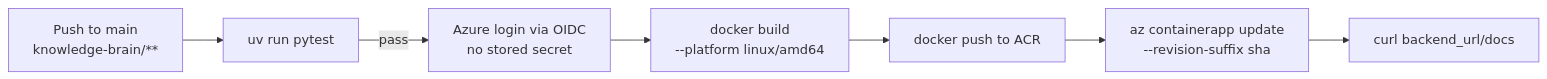
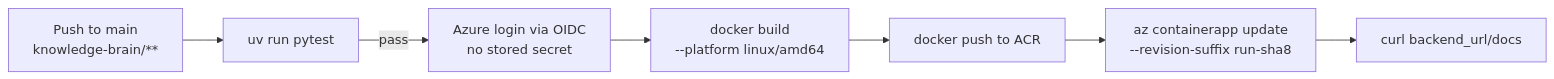
Before and after one commit to NavdeepTU/genai_projects: the seventh of 7 diagrams in knowledge-brain/docs/ARCHITECTURE.md, drawn with Mermaid. The commit also changed other lines of this file and 7 other files, not shown here.

````diff
--- a/knowledge-brain/docs/ARCHITECTURE.md
+++ b/knowledge-brain/docs/ARCHITECTURE.md
@@ -1027,9 +1031,9 @@
 ```mermaid
 flowchart LR
     PUSH[Push to main<br/>knowledge-brain/**] --> TEST[uv run pytest]
     TEST -->|pass| LOGIN[Azure login via OIDC<br/>no stored secret]
     LOGIN --> BUILD[docker build<br/>--platform linux/amd64]
     BUILD --> PUSHIMG[docker push to ACR]
-    PUSHIMG --> DEPLOY[az containerapp update<br/>--revision-suffix sha]
+    PUSHIMG --> DEPLOY[az containerapp update<br/>--revision-suffix run-sha8]
     DEPLOY --> SMOKE[curl backend_url/docs]
 ```
````
